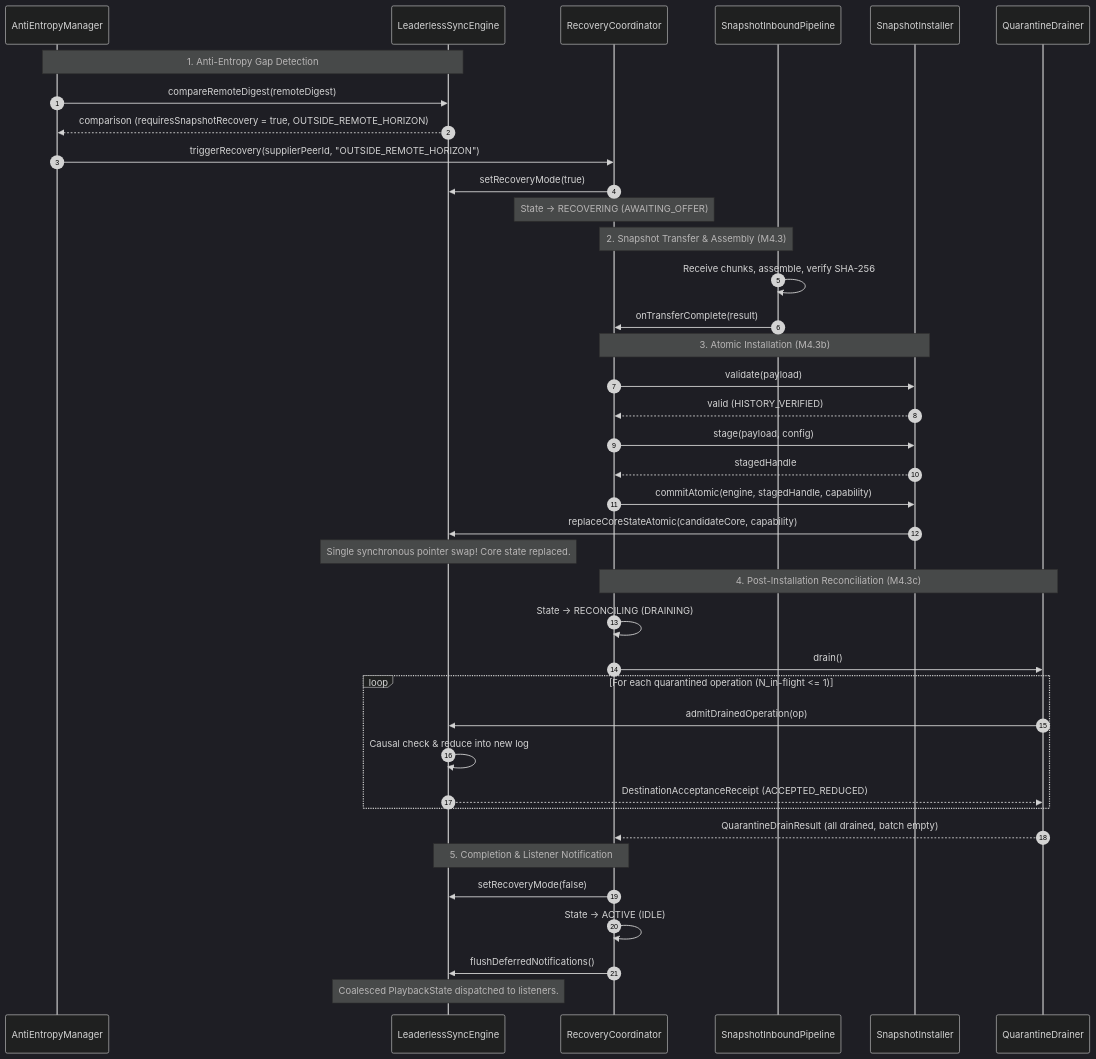
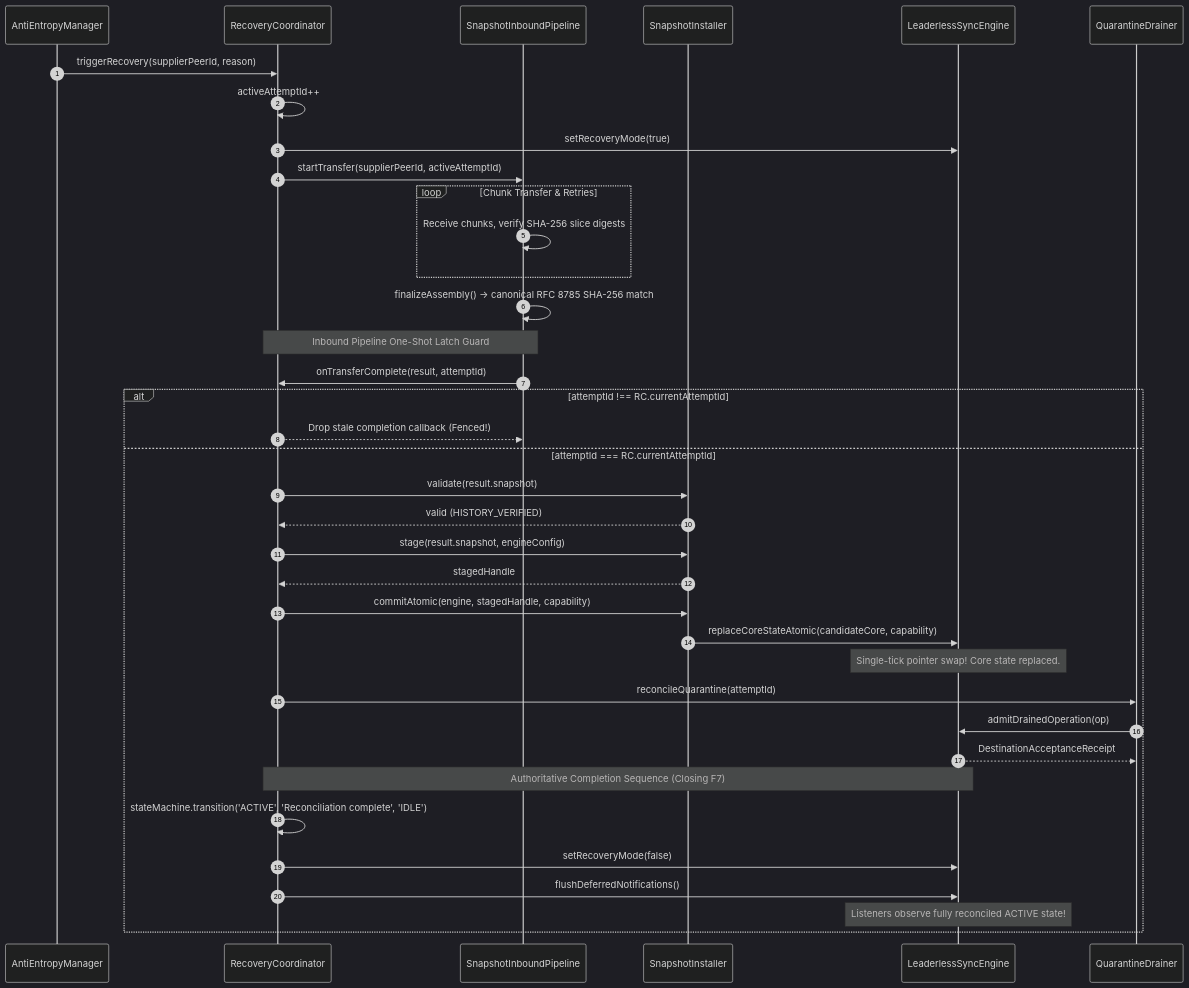
One commit to Tejdeepakchandra/SyncPlay_Protocol changed the third of 3 diagrams in docs/PHASE7_5_M5_ARCHITECTURE.md. Above: the diagram before and after it, drawn with Mermaid (dark theme). The commit also changed other lines of this file and 4 other files, not shown here.

Commit message:
docs(phase-7.5-m5): amend m5.0 architecture and interface specifications (m5.0-r1)

````diff
--- a/docs/PHASE7_5_M5_ARCHITECTURE.md
+++ b/docs/PHASE7_5_M5_ARCHITECTURE.md
@@ -143,46 +203,45 @@
 ```mermaid
 sequenceDiagram
     autonumber
     participant AEM as AntiEntropyManager
-    participant Engine as LeaderlessSyncEngine
     participant RC as RecoveryCoordinator
-    participant Inbound as SnapshotInboundPipeline
+    participant SIP as SnapshotInboundPipeline
     participant SI as SnapshotInstaller
+    participant LSE as LeaderlessSyncEngine
     participant QD as QuarantineDrainer
 
-    Note over AEM,Engine: 1. Anti-Entropy Gap Detection
-    AEM->>Engine: compareRemoteDigest(remoteDigest)
-    Engine-->>AEM: comparison (requiresSnapshotRecovery = true, OUTSIDE_REMOTE_HORIZON)
-    AEM->>RC: triggerRecovery(supplierPeerId, "OUTSIDE_REMOTE_HORIZON")
-    RC->>Engine: setRecoveryMode(true)
-    Note over RC: State -> RECOVERING (AWAITING_OFFER)
-
-    Note over Inbound,RC: 2. Snapshot Transfer & Assembly (M4.3)
-    Inbound->>Inbound: Receive chunks, assemble, verify SHA-256
-    Inbound->>RC: onTransferComplete(result)
-
-    Note over RC,SI: 3. Atomic Installation (M4.3b)
-    RC->>SI: validate(payload)
-    SI-->>RC: valid (HISTORY_VERIFIED)
-    RC->>SI: stage(payload, config)
-    SI-->>RC: stagedHandle
-    RC->>SI: commitAtomic(engine, stagedHandle, capability)
-    SI->>Engine: replaceCoreStateAtomic(candidateCore, capability)
-    Note over Engine: Single synchronous pointer swap! Core state replaced.
-
-    Note over RC,QD: 4. Post-Installation Reconciliation (M4.3c)
-    RC->>RC: State -> RECONCILING (DRAINING)
-    RC->>QD: drain()
-    loop For each quarantined operation (N_in-flight <= 1)
-        QD->>Engine: admitDrainedOperation(op)
-        Engine->>Engine: Causal check & reduce into new log
-        Engine-->>QD: DestinationAcceptanceReceipt (ACCEPTED_REDUCED)
+    AEM->>RC: triggerRecovery(supplierPeerId, reason)
+    RC->>RC: activeAttemptId++
+    RC->>LSE: setRecoveryMode(true)
+    RC->>SIP: startTransfer(supplierPeerId, activeAttemptId)
+    
+    loop Chunk Transfer & Retries
+        SIP->>SIP: Receive chunks, verify SHA-256 slice digests
     end
-    QD-->>RC: QuarantineDrainResult (all drained, batch empty)
-
-    Note over RC,Engine: 5. Completion & Listener Notification
-    RC->>Engine: setRecoveryMode(false)
-    RC->>RC: State -> ACTIVE (IDLE)
-    RC->>Engine: flushDeferredNotifications()
-    Note over Engine: Coalesced PlaybackState dispatched to listeners.
+    
+    SIP->>SIP: finalizeAssembly() -> canonical RFC 8785 SHA-256 match
+    Note over SIP,RC: Inbound Pipeline One-Shot Latch Guard
+    SIP->>RC: onTransferComplete(result, attemptId)
+    
+    alt attemptId !== RC.currentAttemptId
+        RC-->>SIP: Drop stale completion callback (Fenced!)
+    else attemptId === RC.currentAttemptId
+        RC->>SI: validate(result.snapshot)
+        SI-->>RC: valid (HISTORY_VERIFIED)
+        RC->>SI: stage(result.snapshot, engineConfig)
+        SI-->>RC: stagedHandle
+        RC->>SI: commitAtomic(engine, stagedHandle, capability)
+        SI->>LSE: replaceCoreStateAtomic(candidateCore, capability)
+        Note over LSE: Single-tick pointer swap! Core state replaced.
+        
+        RC->>QD: reconcileQuarantine(attemptId)
+        QD->>LSE: admitDrainedOperation(op)
+        LSE-->>QD: DestinationAcceptanceReceipt
+        
+        Note over RC,LSE: Authoritative Completion Sequence (Closing F7)
+        RC->>RC: stateMachine.transition('ACTIVE', 'Reconciliation complete', 'IDLE')
+        RC->>LSE: setRecoveryMode(false)
+        RC->>LSE: flushDeferredNotifications()
+        Note over LSE: Listeners observe fully reconciled ACTIVE state!
+    end
 ```
````
